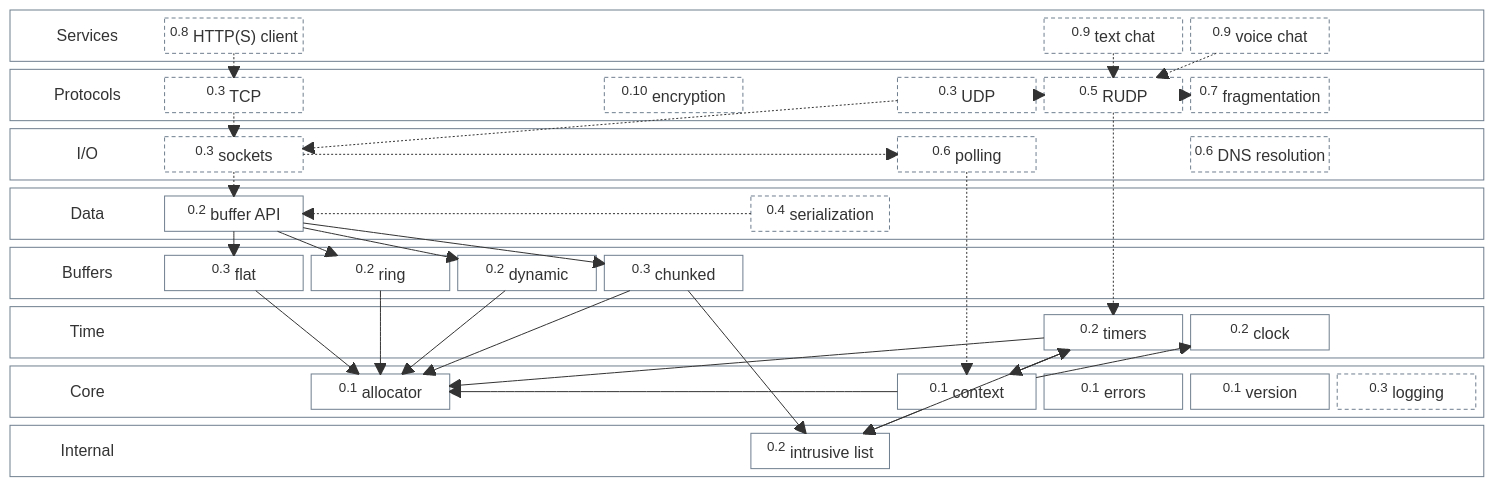
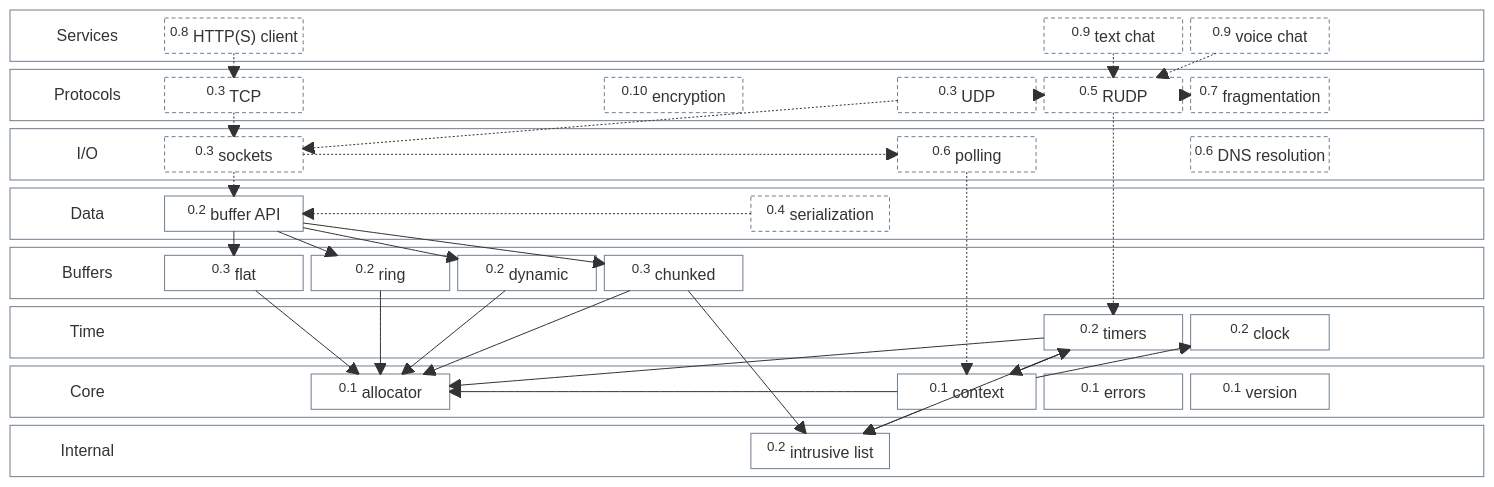
The diagram in README.md (VMNL/vmnl-net), drawn with Mermaid before and after one commit. The commit also changed other lines of this file, not shown here.

````diff
--- a/README.md
+++ b/README.md
@@ -154,7 +153,7 @@
         CONTEXT["<sup>0.1</sup> context"]
         ERROR["<sup>0.1</sup> errors"]
         VERSION["<sup>0.1</sup> version"]
-        LOG["<sup>0.3</sup> logging"]
+        space
     end
 
     block:INTERNAL
@@ -199,5 +198,5 @@
     classDef planned fill:none,stroke:#6f7e8e,stroke-dasharray: 4 3
 
     class SERVICES_TITLE,PROTOCOLS_TITLE,IO_TITLE,DATA_TITLE,BUFFERS_TITLE,TIME_TITLE,CORE_TITLE,INTERNAL_TITLE title
-    class HTTP,CHAT,VOICE,TCP,UDP,RUDP,FRAG,CRYPT,SOCKET,POLL,DNS,SER,LOG planned
+    class HTTP,CHAT,VOICE,TCP,UDP,RUDP,FRAG,CRYPT,SOCKET,POLL,DNS,SER planned
 ```
````
